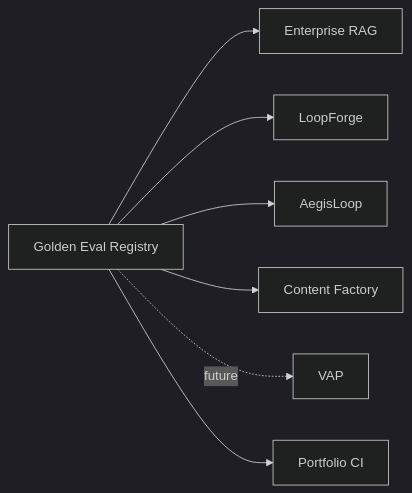
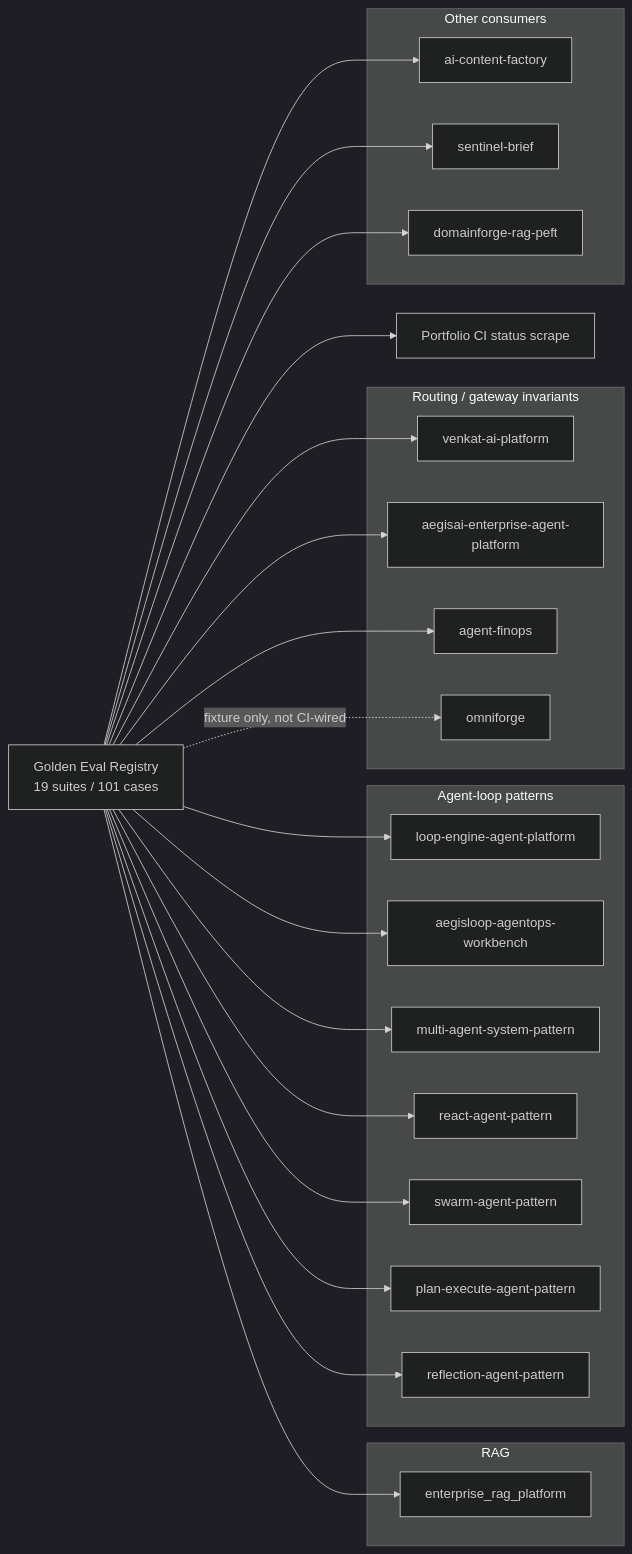
One commit to vpeetla-ai/golden-eval-registry changed the diagram in docs/ARCHITECTURE.md. Above: the diagram before and after it, drawn with Mermaid (dark theme). The commit also changed other lines of this file and 1 other file, not shown here.

````diff
--- a/docs/ARCHITECTURE.md
+++ b/docs/ARCHITECTURE.md
@@ -7,17 +7,50 @@
 ```mermaid
 flowchart LR
-  Registry["Golden Eval Registry"]
-  RAG["Enterprise RAG"]
-  LF["LoopForge"]
-  AL["AegisLoop"]
-  ACF["Content Factory"]
-  VAP["VAP"]
-  PF["Portfolio CI"]
+  Registry["Golden Eval Registry<br/>19 suites / 101 cases"]
 
-  Registry --> RAG
+  subgraph RAG["RAG"]
+    ERAG["enterprise_rag_platform"]
+  end
+
+  subgraph Agentic["Agent-loop patterns"]
+    LF["loop-engine-agent-platform"]
+    AL["aegisloop-agentops-workbench"]
+    MAS["multi-agent-system-pattern"]
+    RAP["react-agent-pattern"]
+    SAP["swarm-agent-pattern"]
+    PEP["plan-execute-agent-pattern"]
+    RFP["reflection-agent-pattern"]
+  end
+
+  subgraph Routing["Routing / gateway invariants"]
+    VAP["venkat-ai-platform"]
+    AEG["aegisai-enterprise-agent-platform"]
+    FIN["agent-finops"]
+    OMN["omniforge"]
+  end
+
+  subgraph Other["Other consumers"]
+    ACF["ai-content-factory"]
+    SB["sentinel-brief"]
+    DF["domainforge-rag-peft"]
+  end
+
+  PF["Portfolio CI status scrape"]
+
+  Registry --> ERAG
   Registry --> LF
   Registry --> AL
+  Registry --> MAS
+  Registry --> RAP
+  Registry --> SAP
+  Registry --> PEP
+  Registry --> RFP
+  Registry --> VAP
+  Registry --> AEG
+  Registry --> FIN
+  Registry -. fixture only, not CI-wired .-> OMN
   Registry --> ACF
-  Registry -.future.-> VAP
+  Registry --> SB
+  Registry --> DF
   Registry --> PF
 ```
````
